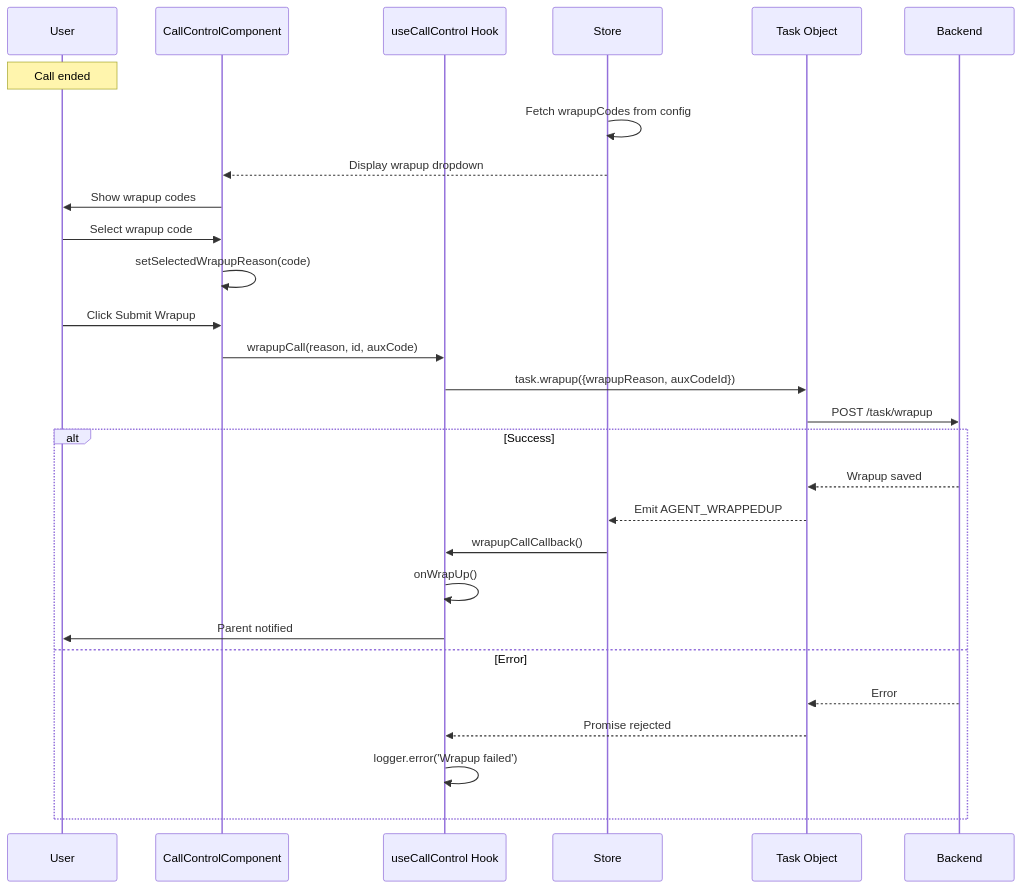
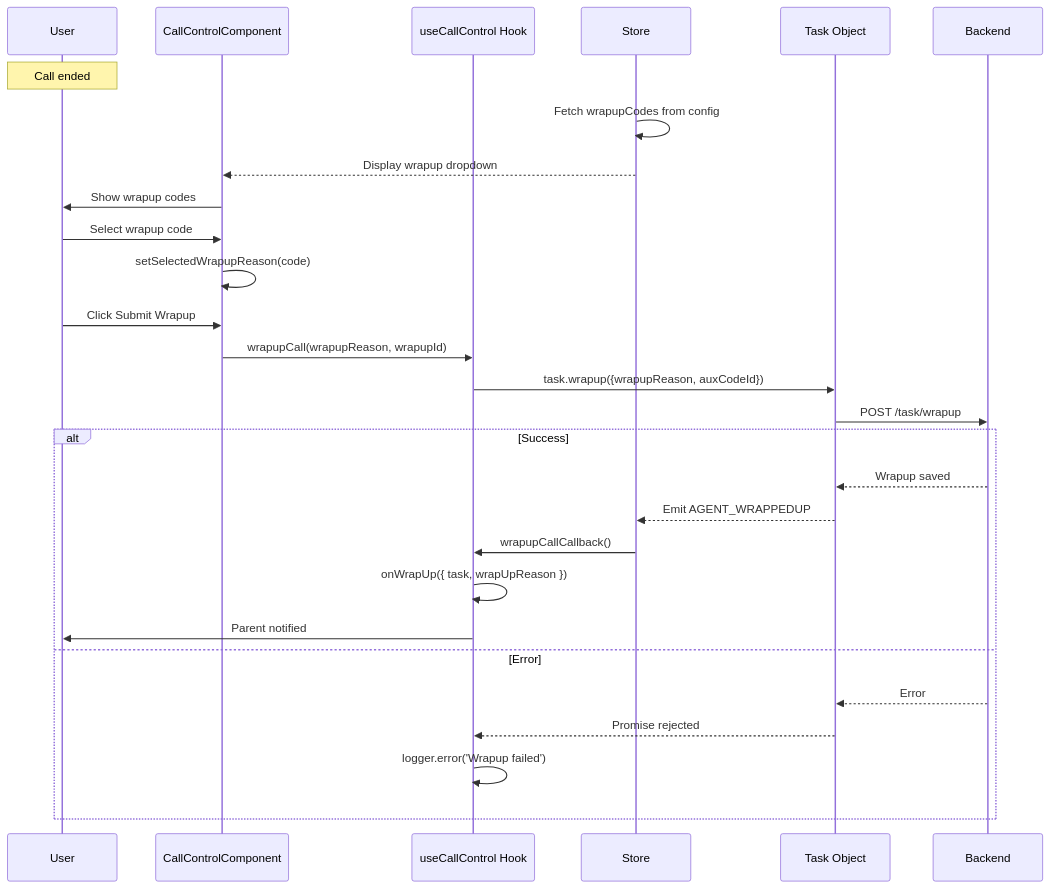
Before and after one commit to webex/widgets: the sixth of 7 diagrams in packages/contact-center/task/ai-docs/widgets/CallControl/ARCHITECTURE.md, drawn with Mermaid. The commit also changed other lines of this file and 6 other files, not shown here.

````diff
--- a/packages/contact-center/task/ai-docs/widgets/CallControl/ARCHITECTURE.md
+++ b/packages/contact-center/task/ai-docs/widgets/CallControl/ARCHITECTURE.md
@@ -219,34 +225,34 @@
 ```mermaid
 sequenceDiagram
     participant U as User
     participant C as CallControlComponent
     participant H as useCallControl Hook
     participant S as Store
     participant T as Task Object
     participant B as Backend
-    
+
     Note over U: Call ended
-    
+
     S->>S: Fetch wrapupCodes from config
     S-->>C: Display wrapup dropdown
     C->>U: Show wrapup codes
-    
+
     U->>C: Select wrapup code
     C->>C: setSelectedWrapupReason(code)
-    
+
     U->>C: Click Submit Wrapup
-    C->>H: wrapupCall(reason, id, auxCode)
+    C->>H: wrapupCall(wrapupReason, wrapupId)
     H->>T: task.wrapup({wrapupReason, auxCodeId})
     T->>B: POST /task/wrapup
     alt Success
         B-->>T: Wrapup saved
         T-->>S: Emit AGENT_WRAPPEDUP
         S->>H: wrapupCallCallback()
-        H->>H: onWrapUp()
+        H->>H: onWrapUp({ task, wrapUpReason })
         H->>U: Parent notified
     else Error
         B-->>T: Error
         T-->>H: Promise rejected
         H->>H: logger.error('Wrapup failed')
     end
 ```
````
